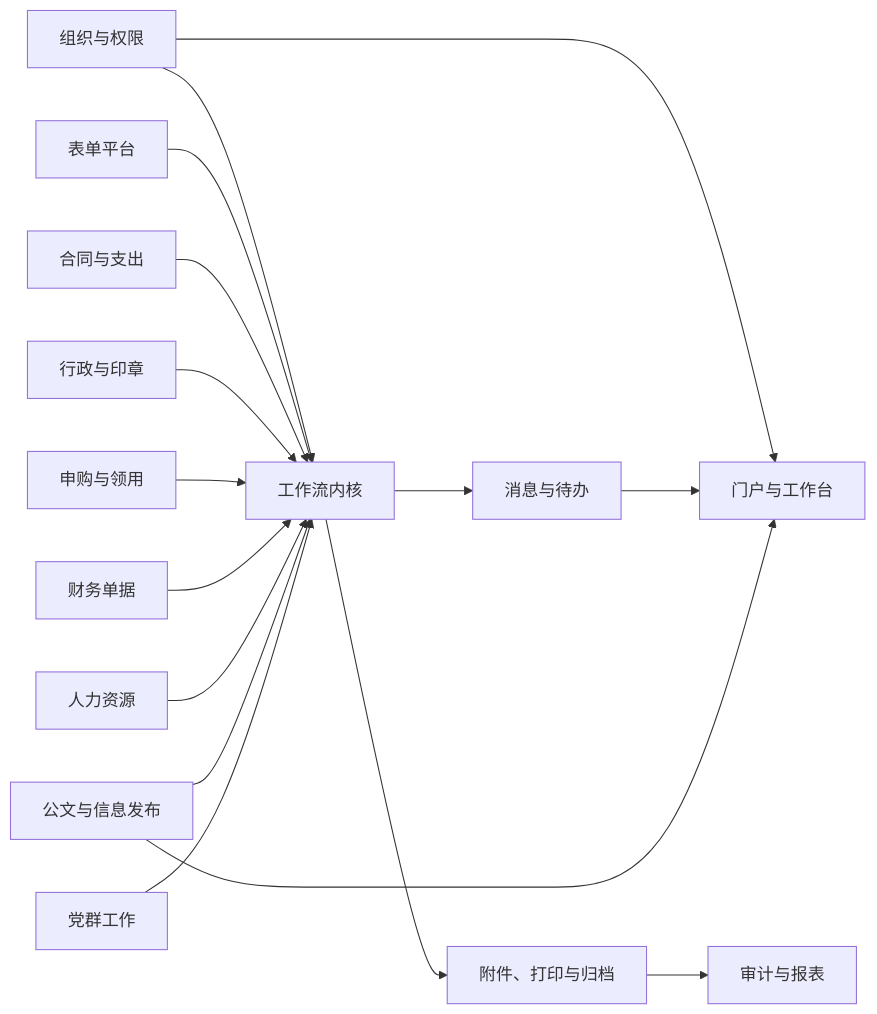
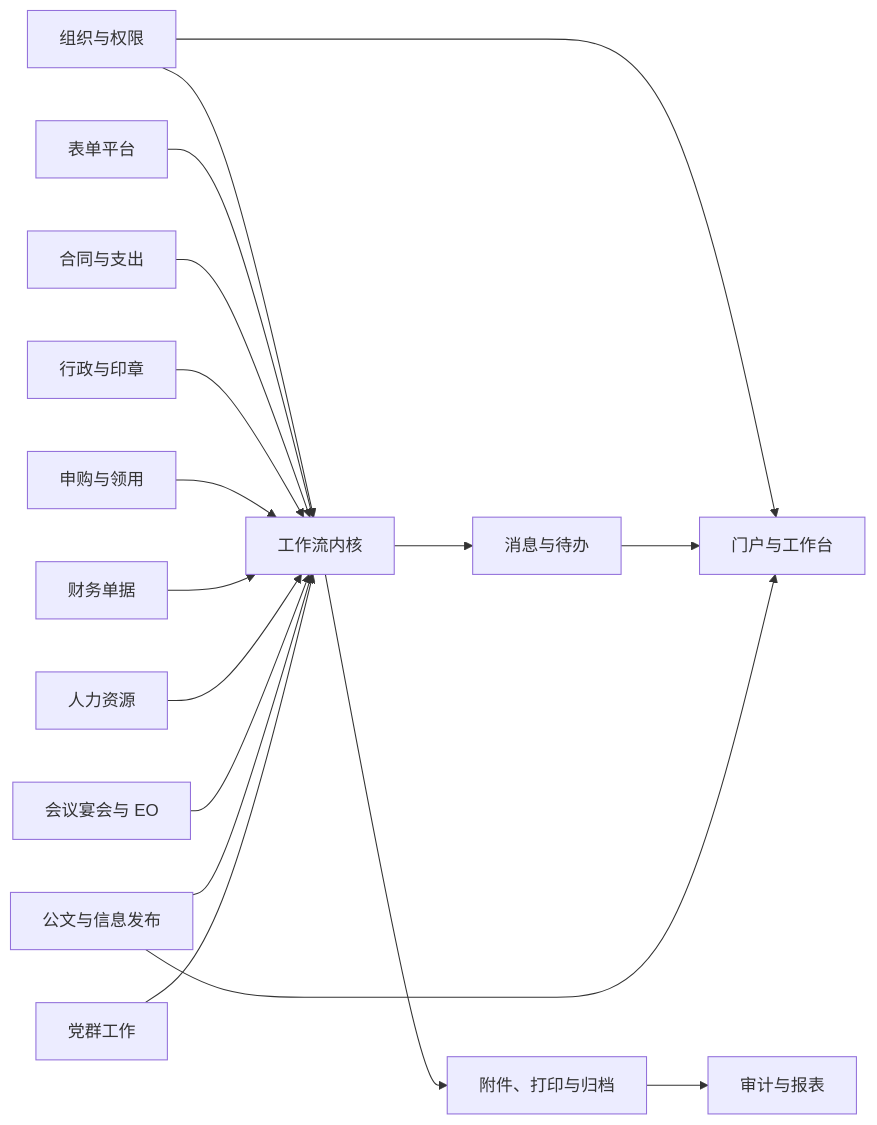
Before and after one commit to yiting001/oa-hotel-v1: the first of 2 diagrams in docs/requirements/01-domain-and-module-map.md, drawn with Mermaid. The commit also changed other lines of this file and 12 other files, not shown here.

````diff
--- a/docs/requirements/01-domain-and-module-map.md
+++ b/docs/requirements/01-domain-and-module-map.md
@@ -5,18 +5,19 @@
 ```mermaid
 flowchart LR
   IAM[组织与权限] --> WF[工作流内核]
   FORM[表单平台] --> WF
   CONTRACT[合同与支出] --> WF
   ADMIN[行政与印章] --> WF
   SUPPLY[申购与领用] --> WF
   FINANCE[财务单据] --> WF
   HR[人力资源] --> WF
+  EVENT[会议宴会与 EO] --> WF
   DOC[公文与信息发布] --> WF
   PARTY[党群工作] --> WF
   WF --> MSG[消息与待办]
   WF --> ARCHIVE[附件、打印与归档]
   IAM --> PORTAL[门户与工作台]
   MSG --> PORTAL
   DOC --> PORTAL
   ARCHIVE --> AUDIT[审计与报表]
 ```
````
